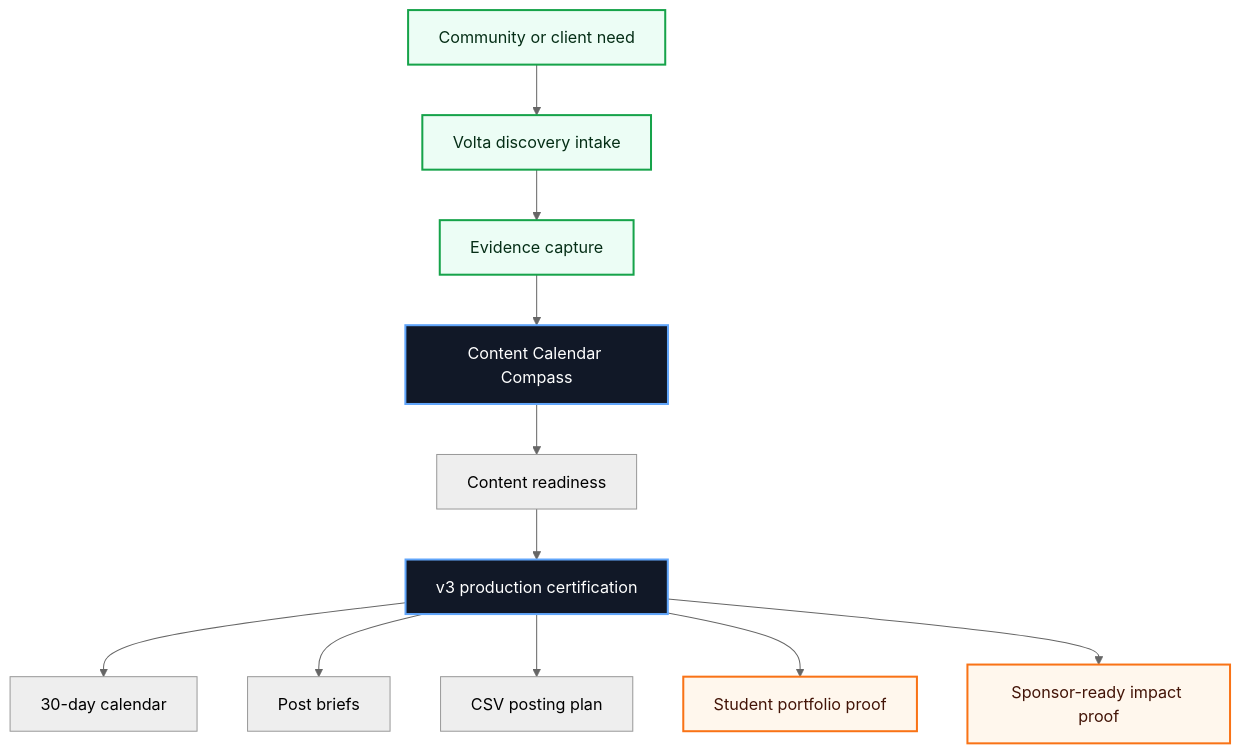
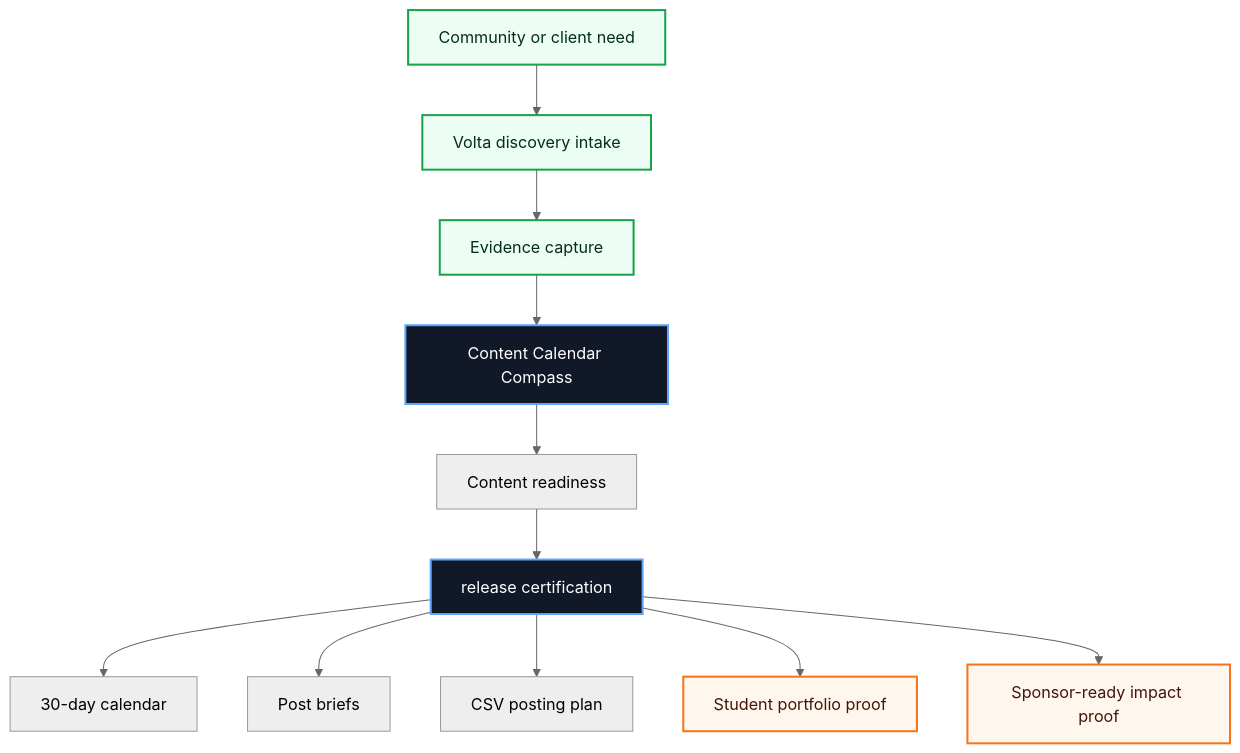
The first of 3 diagrams in README.md (volta-npo/content-calendar-compass), drawn with Mermaid (neutral theme) before and after one commit. The commit also changed other lines of this file and 28 other files, not shown here.

````diff
--- a/README.md
+++ b/README.md
@@ -43,20 +43,20 @@
 ```mermaid
 flowchart TD
     Need["Community or client need"] --> Intake["Volta discovery intake"]
     Intake --> Evidence["Evidence capture"]
     Evidence --> Workbench["Content Calendar Compass"]
     Workbench --> Score["Content readiness"]
-    Score --> Cert["v3 production certification"]
+    Score --> Cert["release certification"]
     Cert --> A1["30-day calendar"]
     Cert --> A2["Post briefs"]
     Cert --> A3["CSV posting plan"]
     Cert --> Student["Student portfolio proof"]
     Cert --> Sponsor["Sponsor-ready impact proof"]
 
     classDef volta fill:#111827,stroke:#60a5fa,color:#ffffff,stroke-width:2px;
     classDef equity fill:#ecfdf5,stroke:#16a34a,color:#052e16,stroke-width:2px;
     classDef proof fill:#fff7ed,stroke:#f97316,color:#431407,stroke-width:2px;
     class Workbench,Cert volta;
     class Need,Intake,Evidence equity;
     class Student,Sponsor proof;
 ```
````
